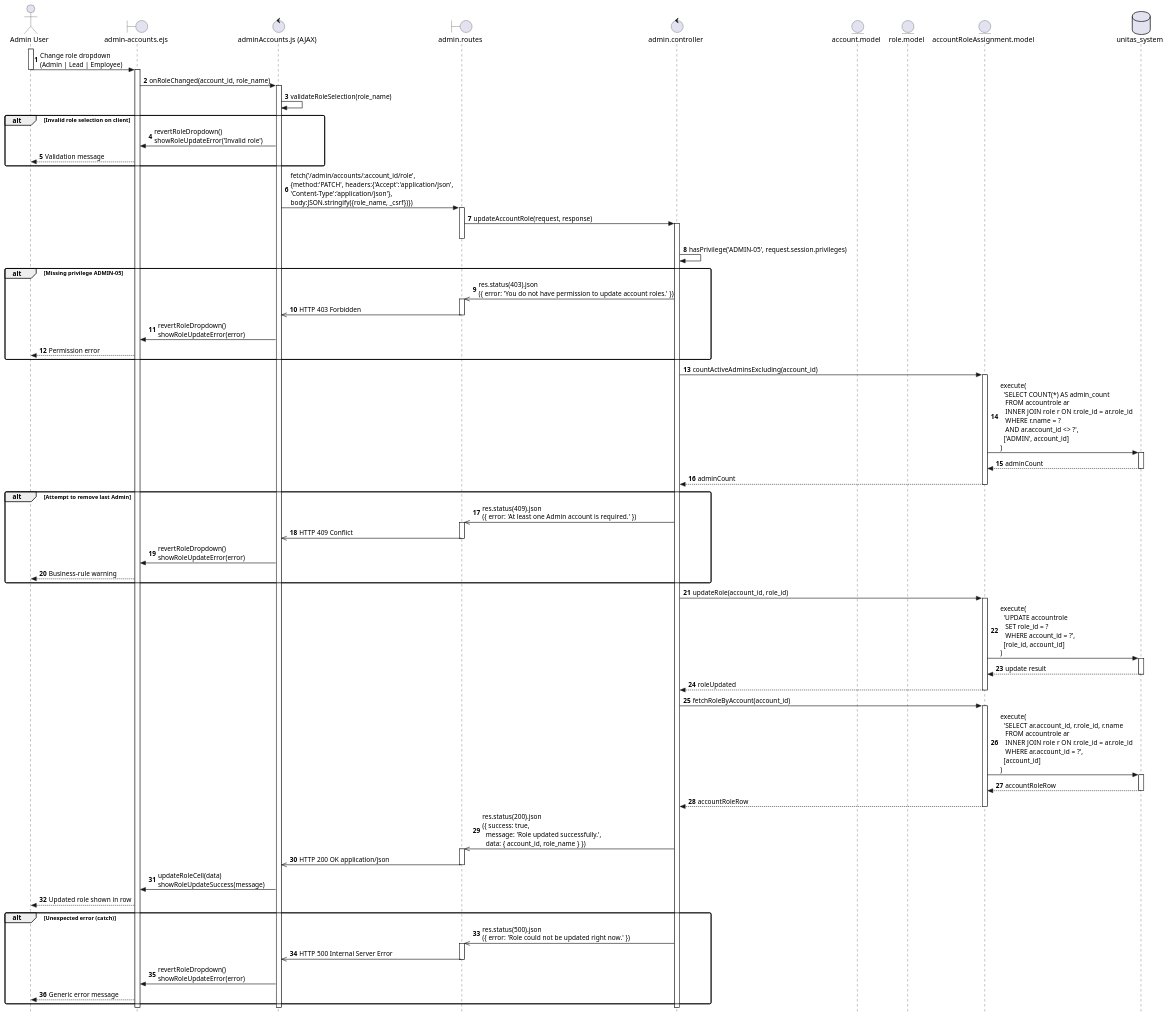
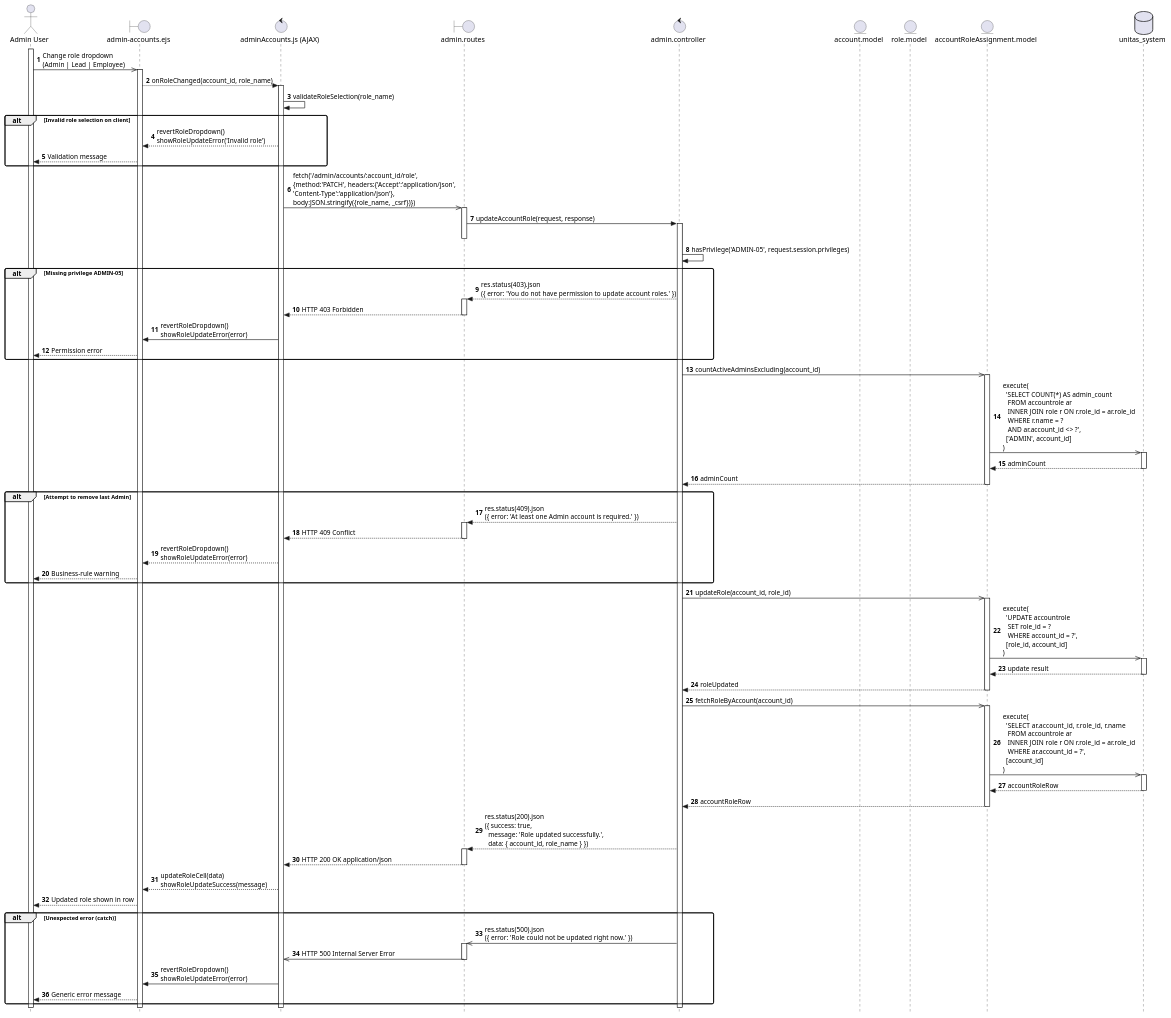
One commit to Berthou05/LimboSoftwareDevelopment_Change.org changed the diagram in documentation/sequence_diagrams/ADMIN-05-SD.puml. Above: the diagram before and after it, drawn with PlantUML. The commit also changed 3 other files, not shown here.

Commit message:
[FIX]: Render of the Admin Accounts page fixed.

```diff
--- a/documentation/sequence_diagrams/ADMIN-05-SD.puml
+++ b/documentation/sequence_diagrams/ADMIN-05-SD.puml
@@ -1,103 +1,103 @@
 @startuml
 skinparam style strictuml
 skinparam sequenceArrowThickness 1.2
 skinparam roundcorner 6
 autonumber
 
 actor    "Admin User"                  as Admin
 boundary "admin-accounts.ejs"          as AccountsView
 control  "adminAccounts.js (AJAX)"     as Client
 boundary "admin.routes"                as Routes
 control  "admin.controller"            as Controller
 entity   "account.model"               as AccountModel
 entity   "role.model"                  as RoleModel
 entity   "accountRoleAssignment.model" as AccountRoleModel
 database "unitas_system"               as DB
 
 activate Admin
-Admin -> AccountsView : Change role dropdown\n(Admin | Lead | Employee)
-deactivate Admin
+Admin ->> AccountsView : Change role dropdown\n(Admin | Lead | Employee)
 activate AccountsView
-AccountsView -> Client : onRoleChanged(account_id, role_name)
+AccountsView --> Client : onRoleChanged(account_id, role_name)
 activate Client
 Client -> Client : validateRoleSelection(role_name)
 
 alt Invalid role selection on client
-    Client -> AccountsView : revertRoleDropdown()\nshowRoleUpdateError('Invalid role')
+    Client --> AccountsView : revertRoleDropdown()\nshowRoleUpdateError('Invalid role')
     AccountsView --> Admin : Validation message
 end
 
-Client -> Routes : fetch('/admin/accounts/:account_id/role',\n{method:'PATCH', headers:{'Accept':'application/json',\n'Content-Type':'application/json'},\nbody:JSON.stringify({role_name, _csrf})})
+Client ->> Routes : fetch('/admin/accounts/:account_id/role',\n{method:'PATCH', headers:{'Accept':'application/json',\n'Content-Type':'application/json'},\nbody:JSON.stringify({role_name, _csrf})})
 activate Routes
 Routes -> Controller : updateAccountRole(request, response)
 activate Controller
 deactivate Routes
 
 Controller -> Controller : hasPrivilege('ADMIN-05', request.session.privileges)
 
 alt Missing privilege ADMIN-05
-    Controller ->> Routes : res.status(403).json\n({ error: 'You do not have permission to update account roles.' })
+    Controller --> Routes : res.status(403).json\n({ error: 'You do not have permission to update account roles.' })
     activate Routes
-    Routes ->> Client : HTTP 403 Forbidden
+    Routes --> Client : HTTP 403 Forbidden
     deactivate Routes
     Client -> AccountsView : revertRoleDropdown()\nshowRoleUpdateError(error)
     AccountsView --> Admin : Permission error
 end
 
-Controller -> AccountRoleModel : countActiveAdminsExcluding(account_id)
+Controller ->> AccountRoleModel : countActiveAdminsExcluding(account_id)
 activate AccountRoleModel
-AccountRoleModel -> DB : execute(\n  'SELECT COUNT(*) AS admin_count\n   FROM accountrole ar\n   INNER JOIN role r ON r.role_id = ar.role_id\n   WHERE r.name = ?\n   AND ar.account_id <> ?',\n  ['ADMIN', account_id]\n)
+AccountRoleModel ->> DB : execute(\n  'SELECT COUNT(*) AS admin_count\n   FROM accountrole ar\n   INNER JOIN role r ON r.role_id = ar.role_id\n   WHERE r.name = ?\n   AND ar.account_id <> ?',\n  ['ADMIN', account_id]\n)
 activate DB
 DB --> AccountRoleModel : adminCount
 deactivate DB
 AccountRoleModel --> Controller : adminCount
 deactivate AccountRoleModel
 
 alt Attempt to remove last Admin
-    Controller ->> Routes : res.status(409).json\n({ error: 'At least one Admin account is required.' })
+    Controller --> Routes : res.status(409).json\n({ error: 'At least one Admin account is required.' })
     activate Routes
-    Routes ->> Client : HTTP 409 Conflict
+    Routes --> Client : HTTP 409 Conflict
     deactivate Routes
-    Client -> AccountsView : revertRoleDropdown()\nshowRoleUpdateError(error)
+    Client --> AccountsView : revertRoleDropdown()\nshowRoleUpdateError(error)
     AccountsView --> Admin : Business-rule warning
 end
 
-Controller -> AccountRoleModel : updateRole(account_id, role_id)
+Controller ->> AccountRoleModel : updateRole(account_id, role_id)
 activate AccountRoleModel
-AccountRoleModel -> DB : execute(\n  'UPDATE accountrole\n   SET role_id = ?\n   WHERE account_id = ?',\n  [role_id, account_id]\n)
+AccountRoleModel ->> DB : execute(\n  'UPDATE accountrole\n   SET role_id = ?\n   WHERE account_id = ?',\n  [role_id, account_id]\n)
 activate DB
 DB --> AccountRoleModel : update result
 deactivate DB
 AccountRoleModel --> Controller : roleUpdated
 deactivate AccountRoleModel
 
-Controller -> AccountRoleModel : fetchRoleByAccount(account_id)
+Controller ->> AccountRoleModel : fetchRoleByAccount(account_id)
 activate AccountRoleModel
-AccountRoleModel -> DB : execute(\n  'SELECT ar.account_id, r.role_id, r.name\n   FROM accountrole ar\n   INNER JOIN role r ON r.role_id = ar.role_id\n   WHERE ar.account_id = ?',\n  [account_id]\n)
+AccountRoleModel ->> DB : execute(\n  'SELECT ar.account_id, r.role_id, r.name\n   FROM accountrole ar\n   INNER JOIN role r ON r.role_id = ar.role_id\n   WHERE ar.account_id = ?',\n  [account_id]\n)
 activate DB
 DB --> AccountRoleModel : accountRoleRow
 deactivate DB
 AccountRoleModel --> Controller : accountRoleRow
 deactivate AccountRoleModel
 
-Controller ->> Routes : res.status(200).json\n({ success: true,\n  message: 'Role updated successfully.',\n  data: { account_id, role_name } })
+Controller --> Routes : res.status(200).json\n({ success: true,\n  message: 'Role updated successfully.',\n  data: { account_id, role_name } })
 activate Routes
-Routes ->> Client : HTTP 200 OK application/json
+Routes --> Client : HTTP 200 OK application/json
 deactivate Routes
-Client -> AccountsView : updateRoleCell(data)\nshowRoleUpdateSuccess(message)
+Client --> AccountsView : updateRoleCell(data)\nshowRoleUpdateSuccess(message)
 AccountsView --> Admin : Updated role shown in row
 
 alt Unexpected error (catch)
     Controller ->> Routes : res.status(500).json\n({ error: 'Role could not be updated right now.' })
     activate Routes
     Routes ->> Client : HTTP 500 Internal Server Error
     deactivate Routes
     Client -> AccountsView : revertRoleDropdown()\nshowRoleUpdateError(error)
     AccountsView --> Admin : Generic error message
 end
 
+deactivate Admin
 deactivate Controller
 deactivate Client
 deactivate AccountsView
 
 @enduml
```
